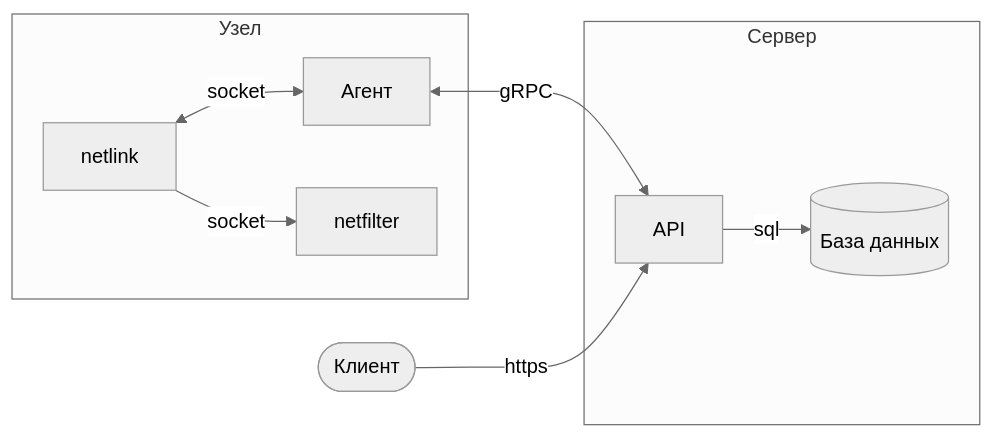
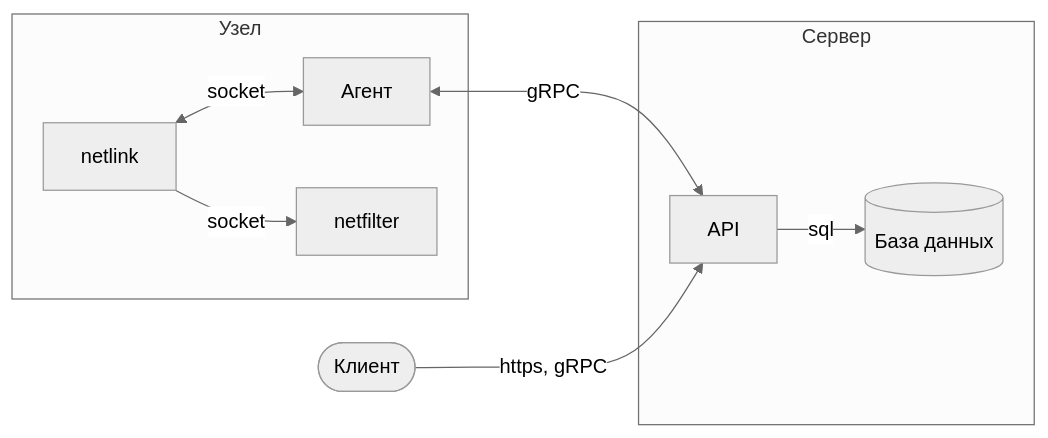
One commit to wildberries-tech/sgroups changed the diagram in documentation/docs/tech-docs/components.mdx. Above: the diagram before and after it, drawn with Mermaid (neutral theme). The commit also changed 5 other files, not shown here.

````diff
--- a/documentation/docs/tech-docs/components.mdx
+++ b/documentation/docs/tech-docs/components.mdx
@@ -12,21 +12,21 @@
   ```mermaid
   flowchart LR
     client([Клиент])
     agent[Агент]
     api[API]
     db[(База данных)]
     nl[netlink]
     nf[netfilter]
 
     subgraph Узел
       nl<-->|socket|agent
       nl-->|socket|nf
     end
 
     subgraph Сервер
       api-->|sql|db
     end
 
     agent<-->|gRPC|api
-    client-->|https|api
+    client-->|https, gRPC|api
   ```
````
